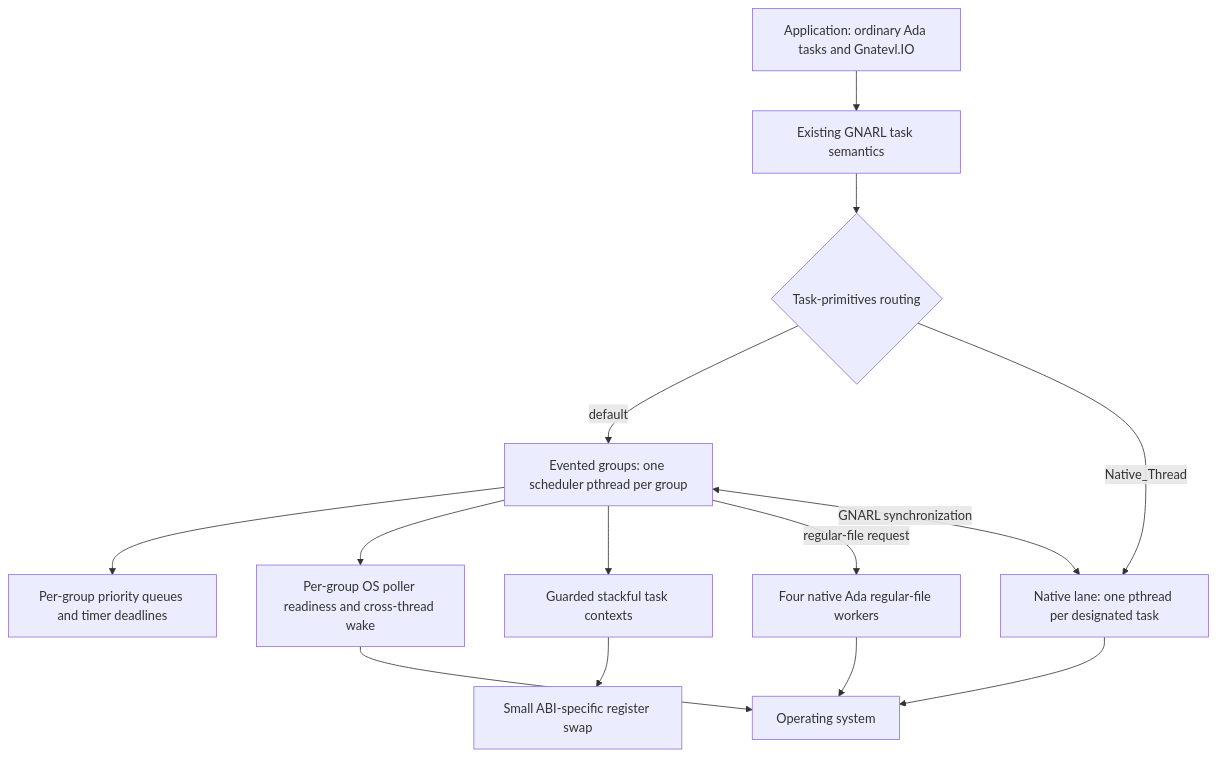
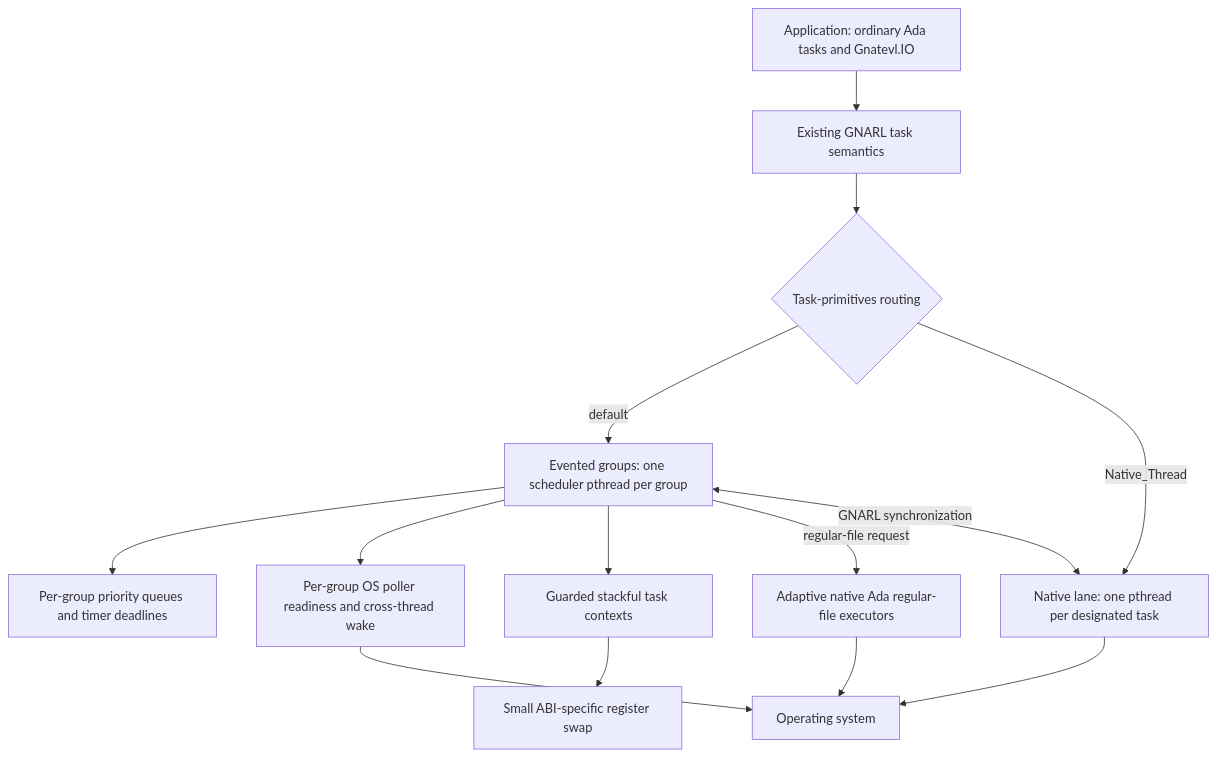
Before and after one commit to flyology-ada/flyology: the first of 3 diagrams in README.md, drawn with Mermaid. The commit also changed other lines of this file and 3 other files, not shown here.

````diff
--- a/README.md
+++ b/README.md
@@ -109,26 +109,26 @@
 ```mermaid
 flowchart TB
     A[Application: ordinary Ada tasks and Gnatevl.IO]
     G[Existing GNARL task semantics]
     R{Task-primitives routing}
     E[Evented groups: one scheduler pthread per group]
     N[Native lane: one pthread per designated task]
     Q[Per-group priority queues and timer deadlines]
     K[Per-group OS poller readiness and cross-thread wake]
     C[Guarded stackful task contexts]
     X[Small ABI-specific register swap]
-    F[Four native Ada regular-file workers]
+    F[Adaptive native Ada regular-file executors]
     O[Operating system]
 
     A --> G --> R
     R -->|default| E
     R -->|Native_Thread| N
     E --> Q
     E --> K
     E --> C --> X
     E -->|regular-file request| F
     E <-->|GNARL synchronization| N
     K --> O
     N --> O
     F --> O
 ```
````
